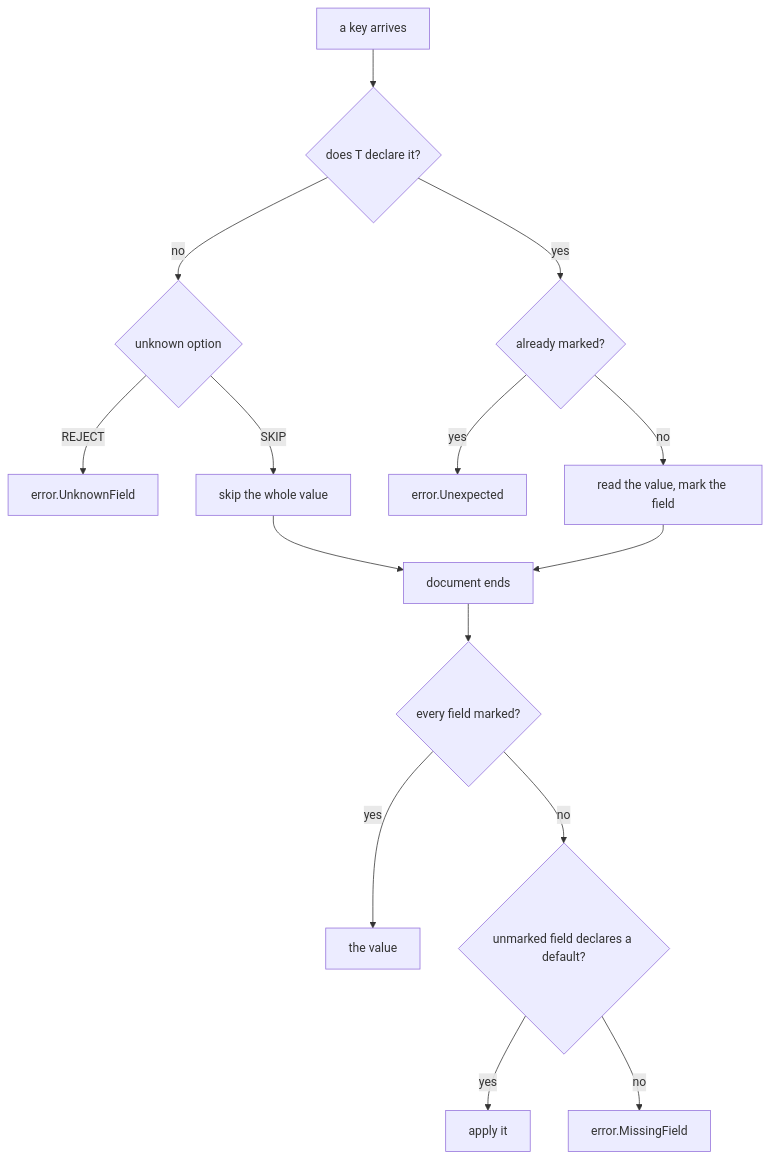
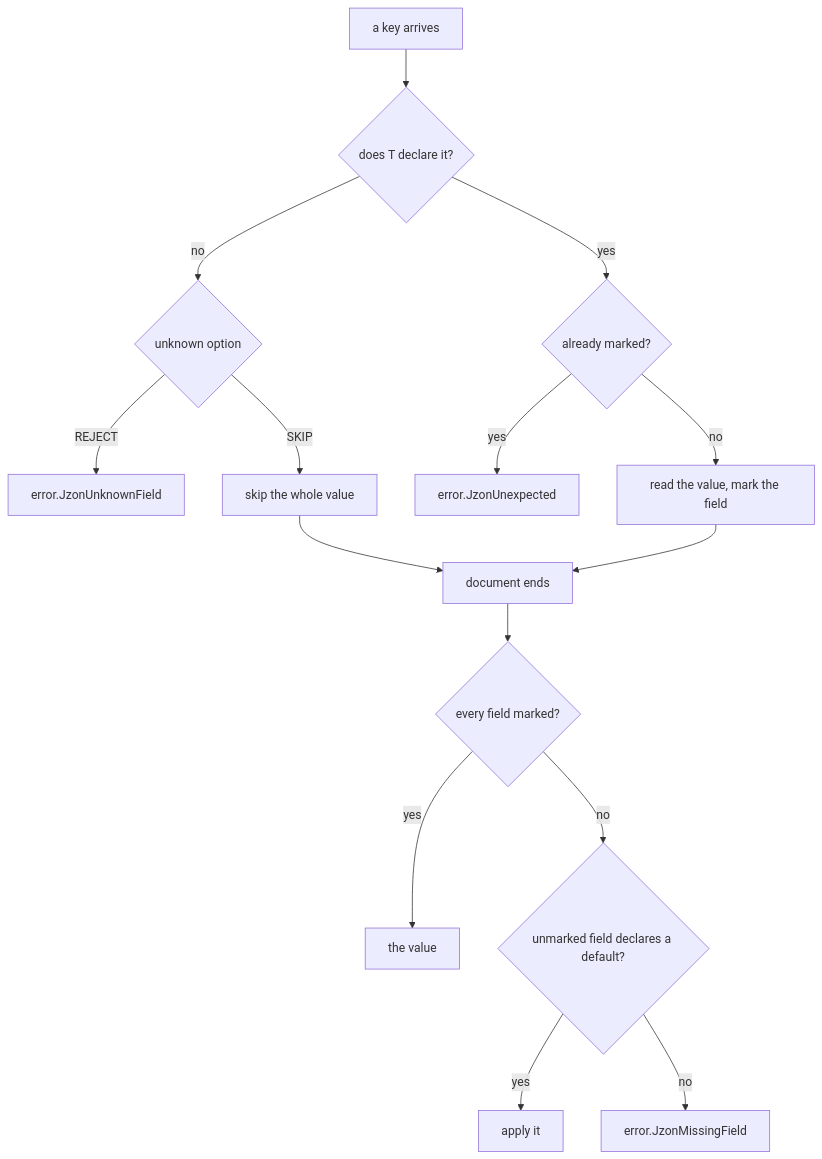
The diagram in docs/jzon/lld-en.md (prothegee/zix), drawn with Mermaid before and after one commit. The commit also changed other lines of this file and 410 other files, not shown here.

````diff
--- a/docs/jzon/lld-en.md
+++ b/docs/jzon/lld-en.md
@@ -133,17 +133,17 @@
 ```mermaid
 flowchart TB
     key[a key arrives] --> known{does T declare it?}
     known -- no --> unknown{unknown option}
-    unknown -- REJECT --> uf[error.UnknownField]
+    unknown -- REJECT --> uf[error.JzonUnknownField]
     unknown -- SKIP --> step[skip the whole value]
     known -- yes --> seen{already marked?}
-    seen -- yes --> dup[error.Unexpected]
+    seen -- yes --> dup[error.JzonUnexpected]
     seen -- no --> read[read the value, mark the field]
     read --> done[document ends]
     step --> done
     done --> fill{every field marked?}
     fill -- yes --> ok[the value]
     fill -- no --> def{unmarked field declares a default?}
     def -- yes --> apply[apply it]
-    def -- no --> mf[error.MissingField]
+    def -- no --> mf[error.JzonMissingField]
 ```
````
